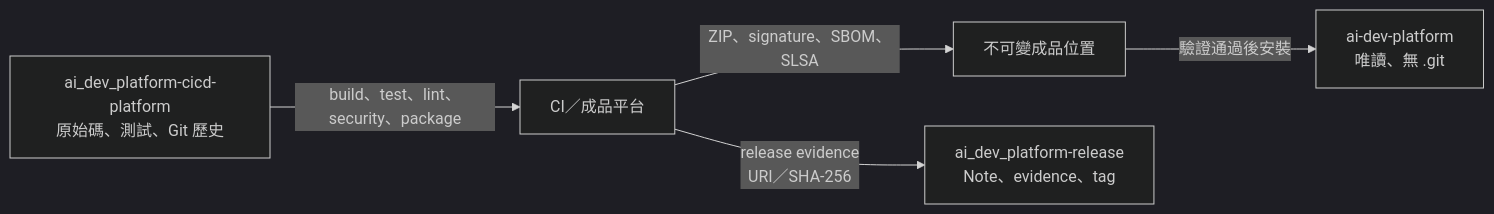
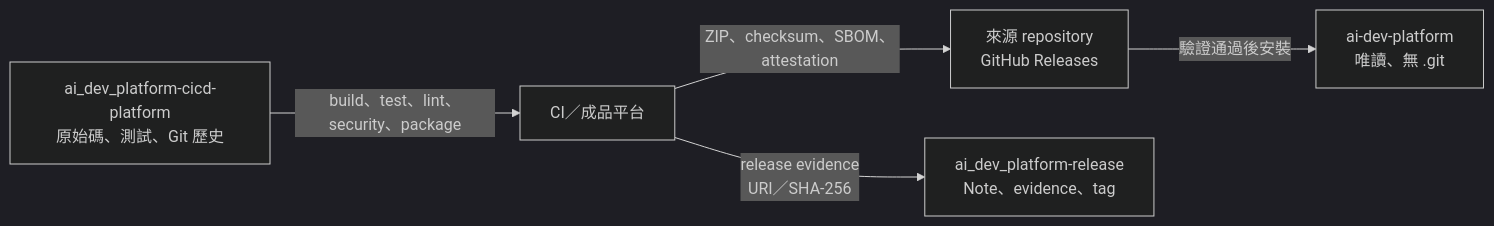
Before and after one commit to JiaChangGit/ai_dev_platform-release: the first of 2 diagrams in README.md, drawn with Mermaid (dark theme). The commit also changed other lines of this file and 9 other files, not shown here.

````diff
--- a/README.md
+++ b/README.md
@@ -14,7 +14,7 @@
 ```mermaid
 flowchart LR
     S["ai_dev_platform-cicd-platform<br/>原始碼、測試、Git 歷史"] -->|"build、test、lint、security、package"| C["CI／成品平台"]
-    C -->|"ZIP、signature、SBOM、SLSA"| A["不可變成品位置"]
+    C -->|"ZIP、checksum、SBOM、attestation"| A["來源 repository<br/>GitHub Releases"]
     C -->|"release evidence<br/>URI／SHA-256"| R["ai_dev_platform-release<br/>Note、evidence、tag"]
     A -->|"驗證通過後安裝"| P["ai-dev-platform<br/>唯讀、無 .git"]
 ```
````
